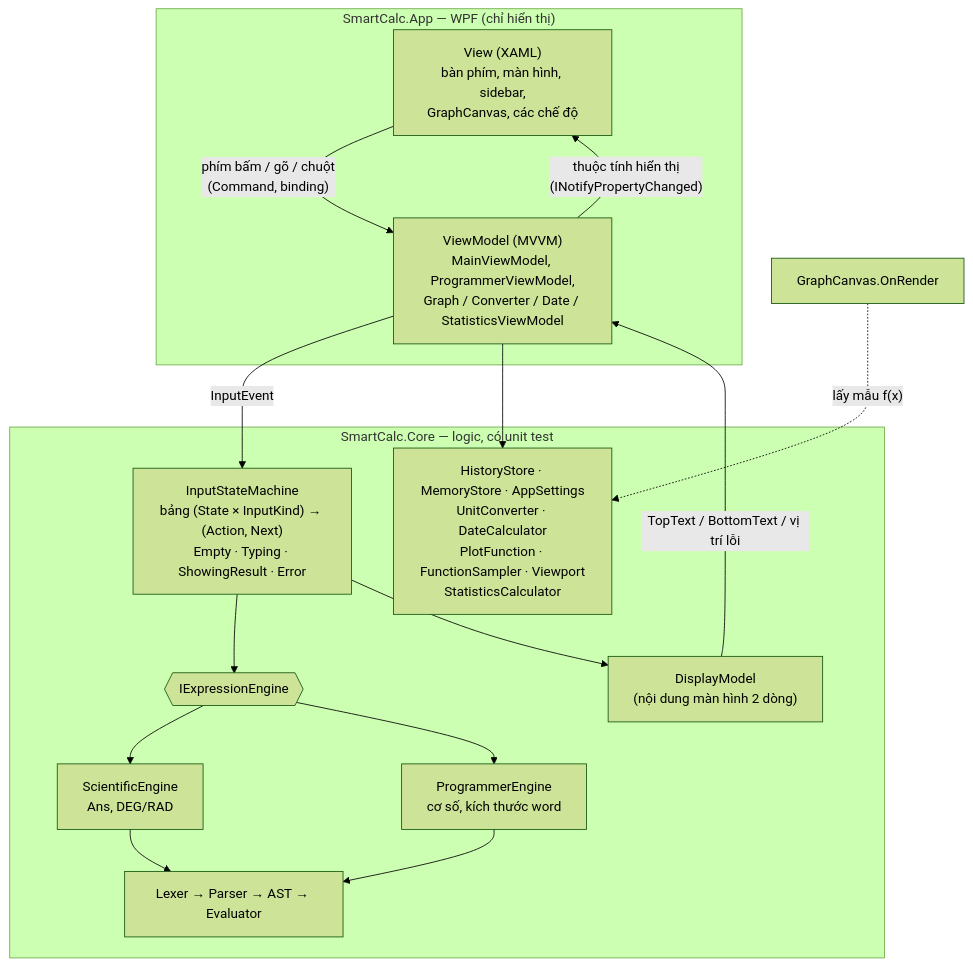
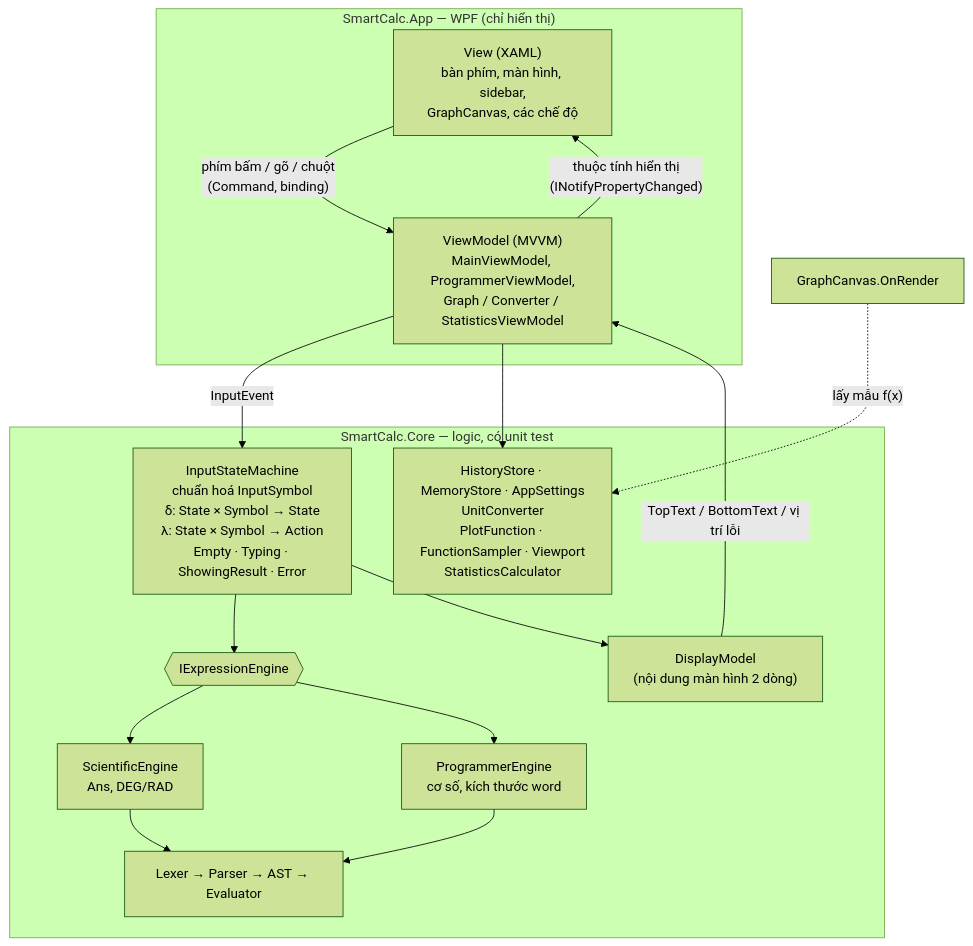
The second of 2 diagrams in README.md (tranquangbao2510/SmartCalc), drawn with Mermaid (forest theme) before and after one commit. The commit also changed other lines of this file and 30 other files, not shown here.

````diff
--- a/README.md
+++ b/README.md
@@ -94,29 +95,29 @@
 ```mermaid
 flowchart TD
     subgraph UI["SmartCalc.App — WPF (chỉ hiển thị)"]
         V["View (XAML)<br/>bàn phím, màn hình, sidebar,<br/>GraphCanvas, các chế độ"]
-        VM["ViewModel (MVVM)<br/>MainViewModel, ProgrammerViewModel,<br/>Graph / Converter / Date / StatisticsViewModel"]
+        VM["ViewModel (MVVM)<br/>MainViewModel, ProgrammerViewModel,<br/>Graph / Converter / StatisticsViewModel"]
         V -- "phím bấm / gõ / chuột<br/>(Command, binding)" --> VM
         VM -- "thuộc tính hiển thị<br/>(INotifyPropertyChanged)" --> V
     end
 
     subgraph CORE["SmartCalc.Core — logic, có unit test"]
-        SM["InputStateMachine<br/>bảng (State × InputKind) → (Action, Next)<br/>Empty · Typing · ShowingResult · Error"]
+        SM["InputStateMachine<br/>chuẩn hoá InputSymbol<br/>δ: State × Symbol → State<br/>λ: State × Symbol → Action<br/>Empty · Typing · ShowingResult · Error"]
         DM["DisplayModel<br/>(nội dung màn hình 2 dòng)"]
         ENG{{"IExpressionEngine"}}
         SCI["ScientificEngine<br/>Ans, DEG/RAD"]
         PRG["ProgrammerEngine<br/>cơ số, kích thước word"]
         PIPE["Lexer → Parser → AST → Evaluator"]
-        OTHER["HistoryStore · MemoryStore · AppSettings<br/>UnitConverter · DateCalculator<br/>PlotFunction · FunctionSampler · Viewport<br/>StatisticsCalculator"]
+        OTHER["HistoryStore · MemoryStore · AppSettings<br/>UnitConverter<br/>PlotFunction · FunctionSampler · Viewport<br/>StatisticsCalculator"]
 
         SM --> ENG
         ENG --> SCI --> PIPE
         ENG --> PRG --> PIPE
         SM --> DM
     end
 
     VM -- "InputEvent" --> SM
     DM -- "TopText / BottomText / vị trí lỗi" --> VM
     VM --> OTHER
     PLOT["GraphCanvas.OnRender"] -. "lấy mẫu f(x)" .-> OTHER
 ```
````
